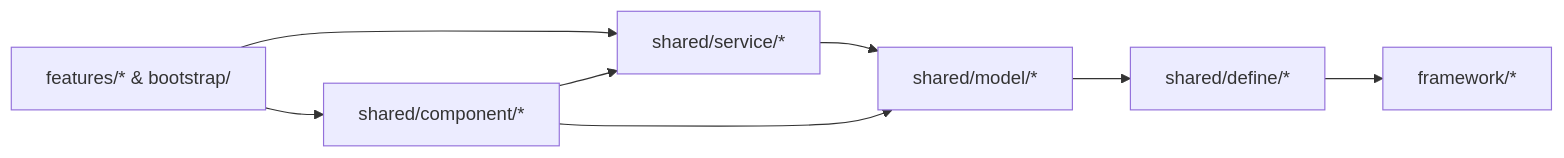
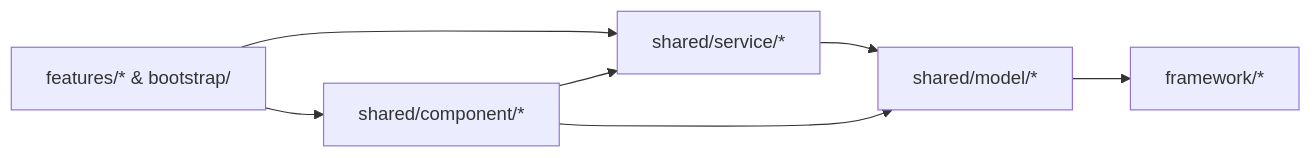
Before and after one commit to krace-tx/slacker-survivors: the diagram in src/game/shared/_doc_shared.md, drawn with Mermaid. The commit also changed other lines of this file and 88 other files, not shown here.

Commit message:
feat: initialize framework architecture, network, storage modules, and display test scenes

````diff
--- a/src/game/shared/_doc_shared.md
+++ b/src/game/shared/_doc_shared.md
@@ -61,10 +60,9 @@
 ```mermaid
 flowchart LR
 	Features["features/* & bootstrap/"] --> Component["shared/component/*"]
 	Features --> Service["shared/service/*"]
 	Component --> Service
 	Service --> Model["shared/model/*"]
 	Component --> Model
-	Model --> Define["shared/define/*"]
-	Define --> Framework["framework/*"]
+	Model --> Framework["framework/*"]
 ```
````
